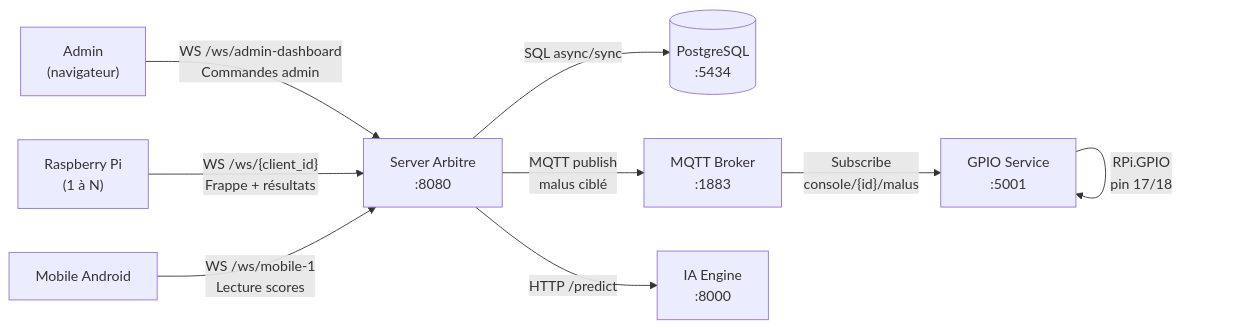
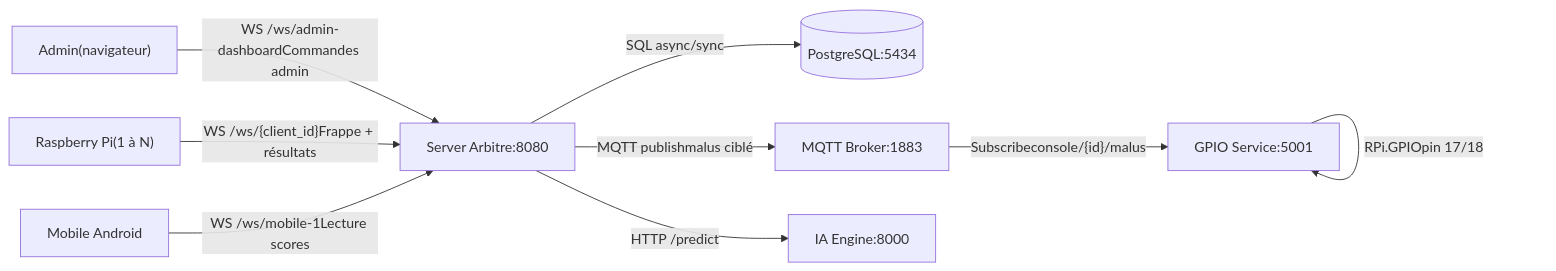
Before and after one commit to EnterNAthan/RaceTyper: diagram 17 of 17 in ARCHITECTURE.md, drawn with Mermaid. The commit also changed other lines of this file, not shown here.

Commit message:
fix architecture markdown

````diff
--- a/ARCHITECTURE.md
+++ b/ARCHITECTURE.md
@@ -633,20 +665,20 @@
 ```mermaid
 graph LR
-    ADMIN["Admin\n(navigateur)"]
-    PI["Raspberry Pi\n(1 à N)"]
+    ADMIN["Admin(navigateur)"]
+    PI["Raspberry Pi(1 à N)"]
     MOB["Mobile Android"]
-    SRV["Server Arbitre\n:8080"]
-    DB[("PostgreSQL\n:5434")]
-    MQTT["MQTT Broker\n:1883"]
-    GPIO["GPIO Service\n:5001"]
-    IA["IA Engine\n:8000"]
+    SRV["Server Arbitre:8080"]
+    DB[("PostgreSQL:5434")]
+    MQTT["MQTT Broker:1883"]
+    GPIO["GPIO Service:5001"]
+    IA["IA Engine:8000"]
 
-    ADMIN -- "WS /ws/admin-dashboard\nCommandes admin" --> SRV
-    PI -- "WS /ws/{client_id}\nFrappe + résultats" --> SRV
-    MOB -- "WS /ws/mobile-1\nLecture scores" --> SRV
+    ADMIN -- "WS /ws/admin-dashboardCommandes admin" --> SRV
+    PI -- "WS /ws/{client_id}Frappe + résultats" --> SRV
+    MOB -- "WS /ws/mobile-1Lecture scores" --> SRV
     SRV -- "SQL async/sync" --> DB
-    SRV -- "MQTT publish\nmalus ciblé" --> MQTT
+    SRV -- "MQTT publishmalus ciblé" --> MQTT
     SRV -- "HTTP /predict" --> IA
-    MQTT -- "Subscribe\nconsole/{id}/malus" --> GPIO
-    GPIO -- "RPi.GPIO\npin 17/18" --> GPIO
+    MQTT -- "Subscribeconsole/{id}/malus" --> GPIO
+    GPIO -- "RPi.GPIOpin 17/18" --> GPIO
 ```
````
